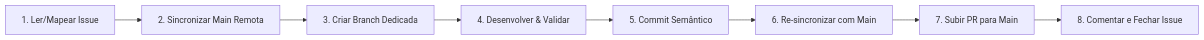
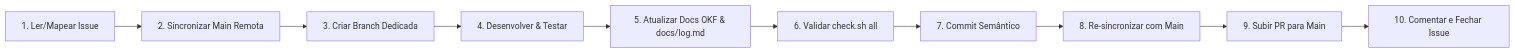
One commit to yurinogueira/PS changed the diagram in .agents/skills/ps-workflow/SKILL.md. Above: the diagram before and after it, drawn with Mermaid. The commit also changed other lines of this file and 19 other files, not shown here.

````diff
--- a/.agents/skills/ps-workflow/SKILL.md
+++ b/.agents/skills/ps-workflow/SKILL.md
@@ -18,10 +18,12 @@
 ```mermaid
 flowchart LR
     A[1. Ler/Mapear Issue] --> B[2. Sincronizar Main Remota]
     B --> C[3. Criar Branch Dedicada]
-    C --> D[4. Desenvolver & Validar]
-    D --> E[5. Commit Semântico]
-    E --> F[6. Re-sincronizar com Main]
-    F --> G[7. Subir PR para Main]
-    G --> H[8. Comentar e Fechar Issue]
+    C --> D[4. Desenvolver & Testar]
+    D --> E[5. Atualizar Docs OKF & docs/log.md]
+    E --> F[6. Validar check.sh all]
+    F --> G[7. Commit Semântico]
+    G --> H[8. Re-sincronizar com Main]
+    H --> I[9. Subir PR para Main]
+    I --> J[10. Comentar e Fechar Issue]
 ```
````
